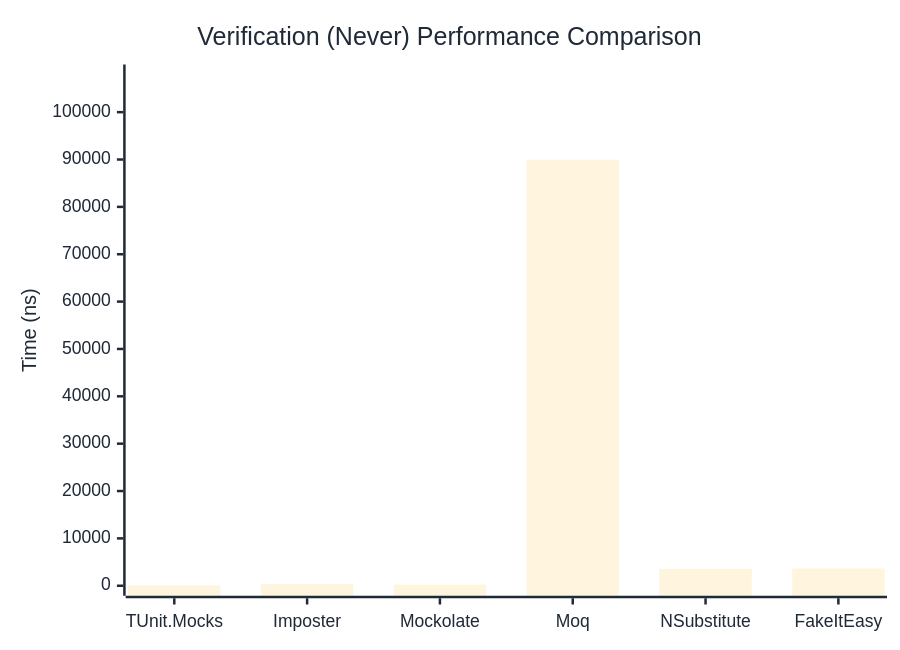
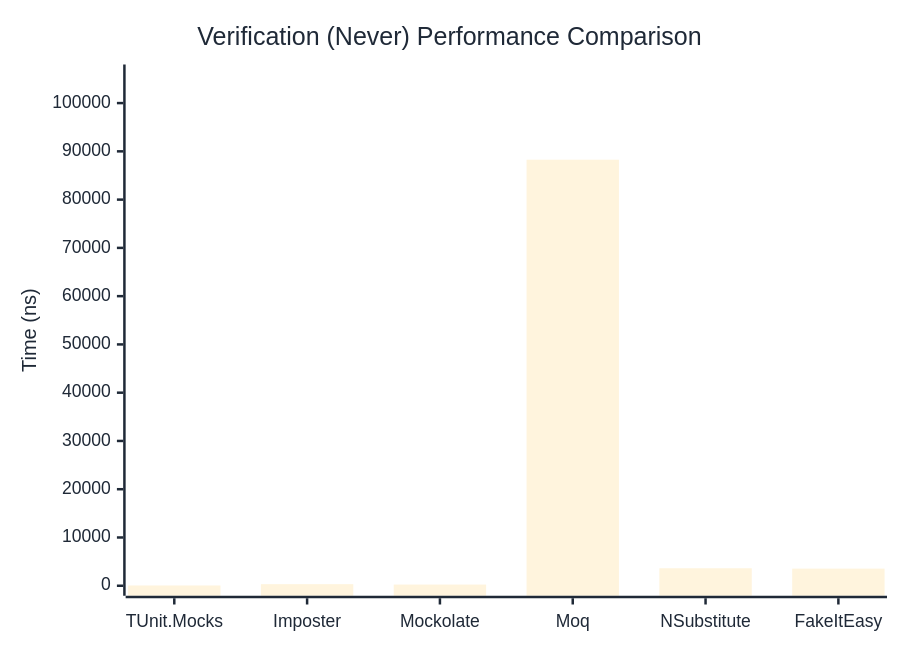
Before and after one commit to thomhurst/TUnit: the second of 3 diagrams in docs/docs/benchmarks/mocks/Verification.md, drawn with Mermaid. The commit also changed other lines of this file and 14 other files, not shown here.

````diff
--- a/docs/docs/benchmarks/mocks/Verification.md
+++ b/docs/docs/benchmarks/mocks/Verification.md
@@ -71,27 +71,27 @@
 ```mermaid
 %%{init: {
   'theme':'base',
   'themeVariables': {
     'primaryColor': '#2563eb',
     'primaryTextColor': '#1f2937',
     'primaryBorderColor': '#1e40af',
     'lineColor': '#6b7280',
     'secondaryColor': '#7c3aed',
     'tertiaryColor': '#dc2626',
     'background': '#ffffff',
     'pie1': '#2563eb',
     'pie2': '#7c3aed',
     'pie3': '#dc2626',
     'pie4': '#f59e0b',
     'pie5': '#10b981',
     'pie6': '#06b6d4',
     'pie7': '#ec4899',
     'pie8': '#6366f1'
   }
 }}%%
 xychart-beta
   title "Verification (Never) Performance Comparison"
   x-axis ["TUnit.Mocks", "Imposter", "Mockolate", "Moq", "NSubstitute", "FakeItEasy"]
-  y-axis "Time (ns)" 0 --> 107952
-  bar [53.03, 318.27, 225.25, 89959.65, 3547.08, 3632.14]
+  y-axis "Time (ns)" 0 --> 105922
+  bar [55.16, 326.57, 243.33, 88267.52, 3624.58, 3548.36]
 ```
````
